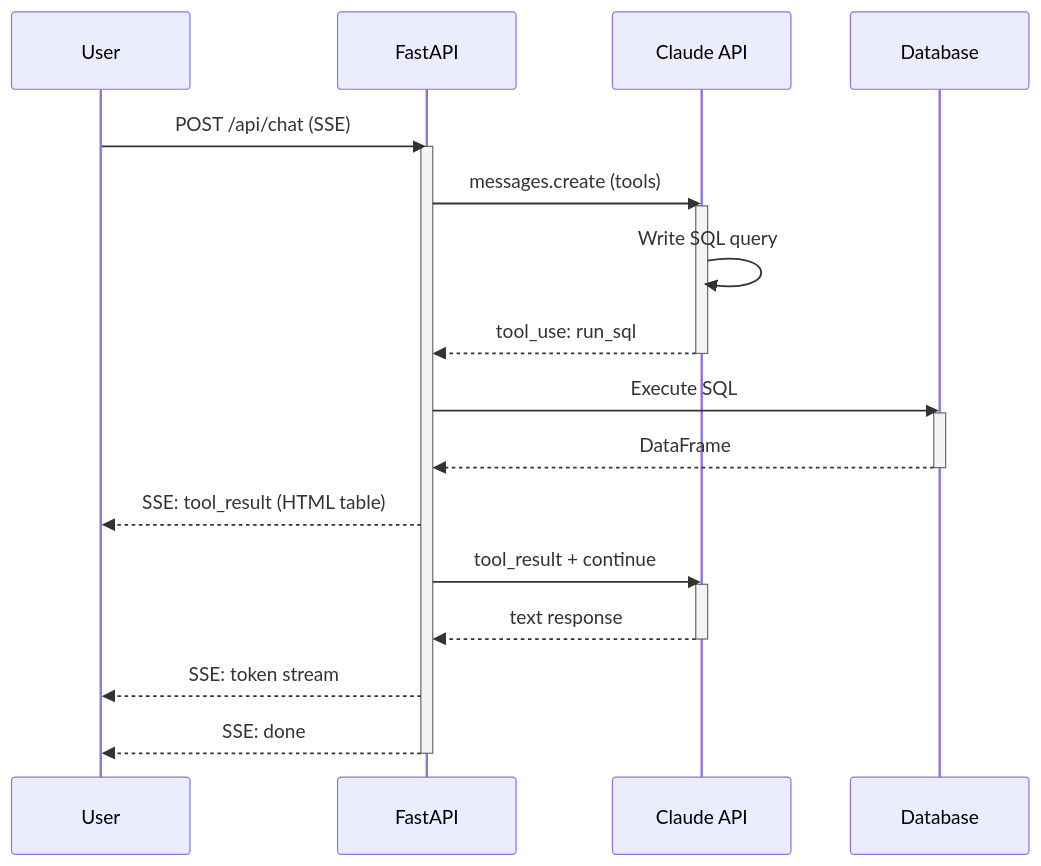
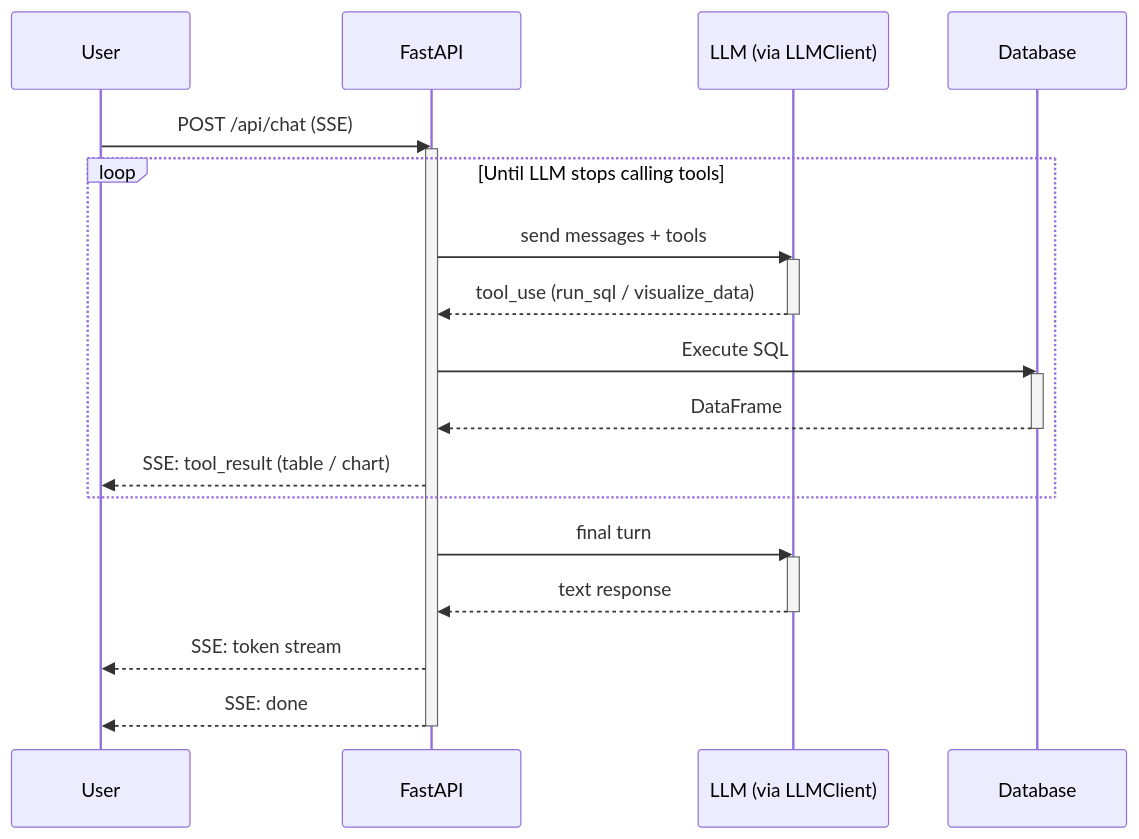
Before and after one commit to dsgrid/datasight: the second of 3 diagrams in docs/tool-developer/architecture.md, drawn with Mermaid. The commit also changed other lines of this file and 112 other files, not shown here.

````diff
--- a/docs/tool-developer/architecture.md
+++ b/docs/tool-developer/architecture.md
@@ -84,27 +70,28 @@
 ```mermaid
 sequenceDiagram
     participant U as User
     participant W as FastAPI
-    participant A as Claude API
+    participant L as LLM (via LLMClient)
     participant D as Database
 
     U->>W: POST /api/chat (SSE)
     activate W
-    W->>A: messages.create (tools)
-    activate A
-    A->>A: Write SQL query
-    A-->>W: tool_use: run_sql
-    deactivate A
-    W->>D: Execute SQL
-    activate D
-    D-->>W: DataFrame
-    deactivate D
-    W-->>U: SSE: tool_result (HTML table)
-    W->>A: tool_result + continue
-    activate A
-    A-->>W: text response
-    deactivate A
+    loop Until LLM stops calling tools
+        W->>L: send messages + tools
+        activate L
+        L-->>W: tool_use (run_sql / visualize_data)
+        deactivate L
+        W->>D: Execute SQL
+        activate D
+        D-->>W: DataFrame
+        deactivate D
+        W-->>U: SSE: tool_result (table / chart)
+    end
+    W->>L: final turn
+    activate L
+    L-->>W: text response
+    deactivate L
     W-->>U: SSE: token stream
     W-->>U: SSE: done
     deactivate W
 ```
````
